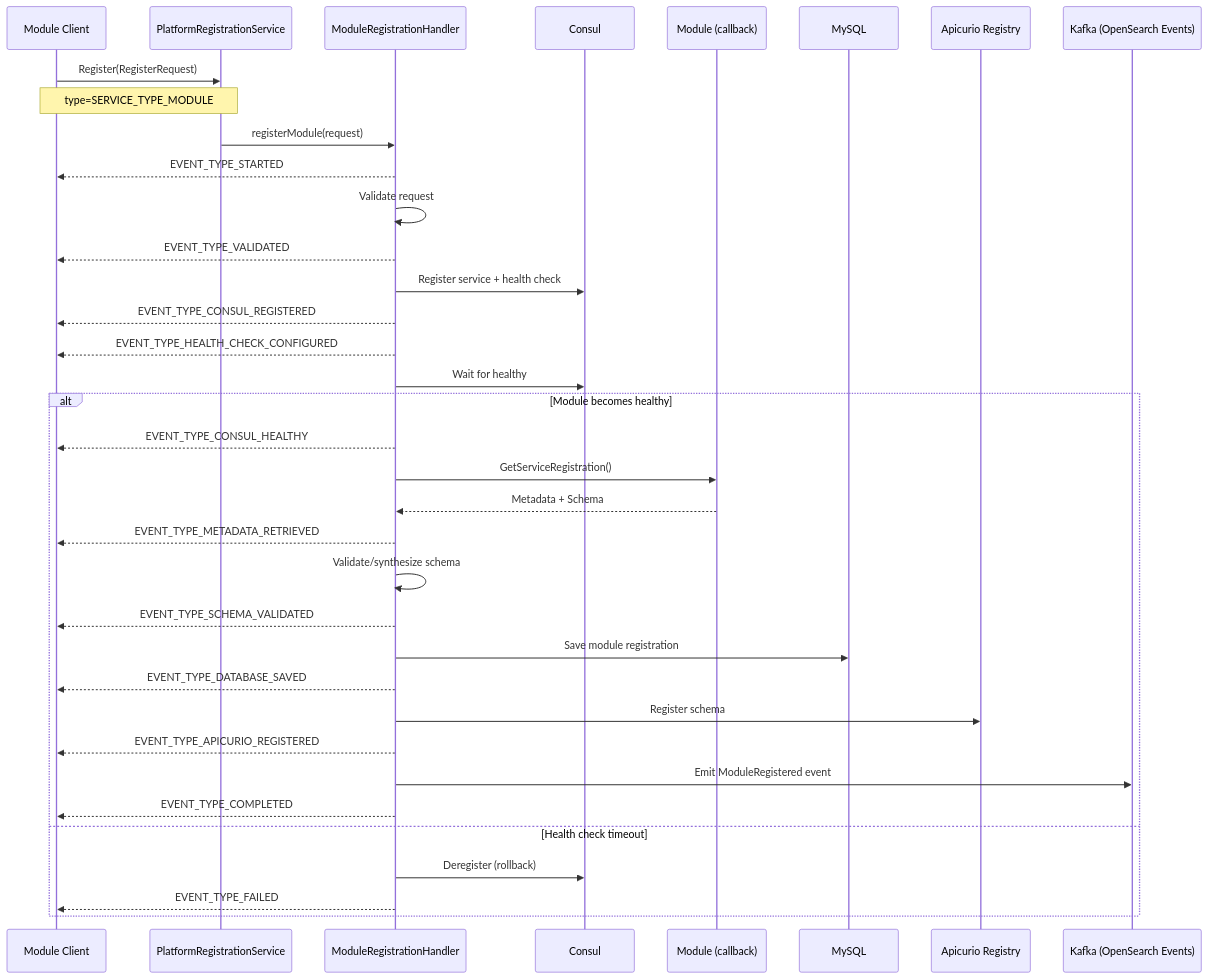
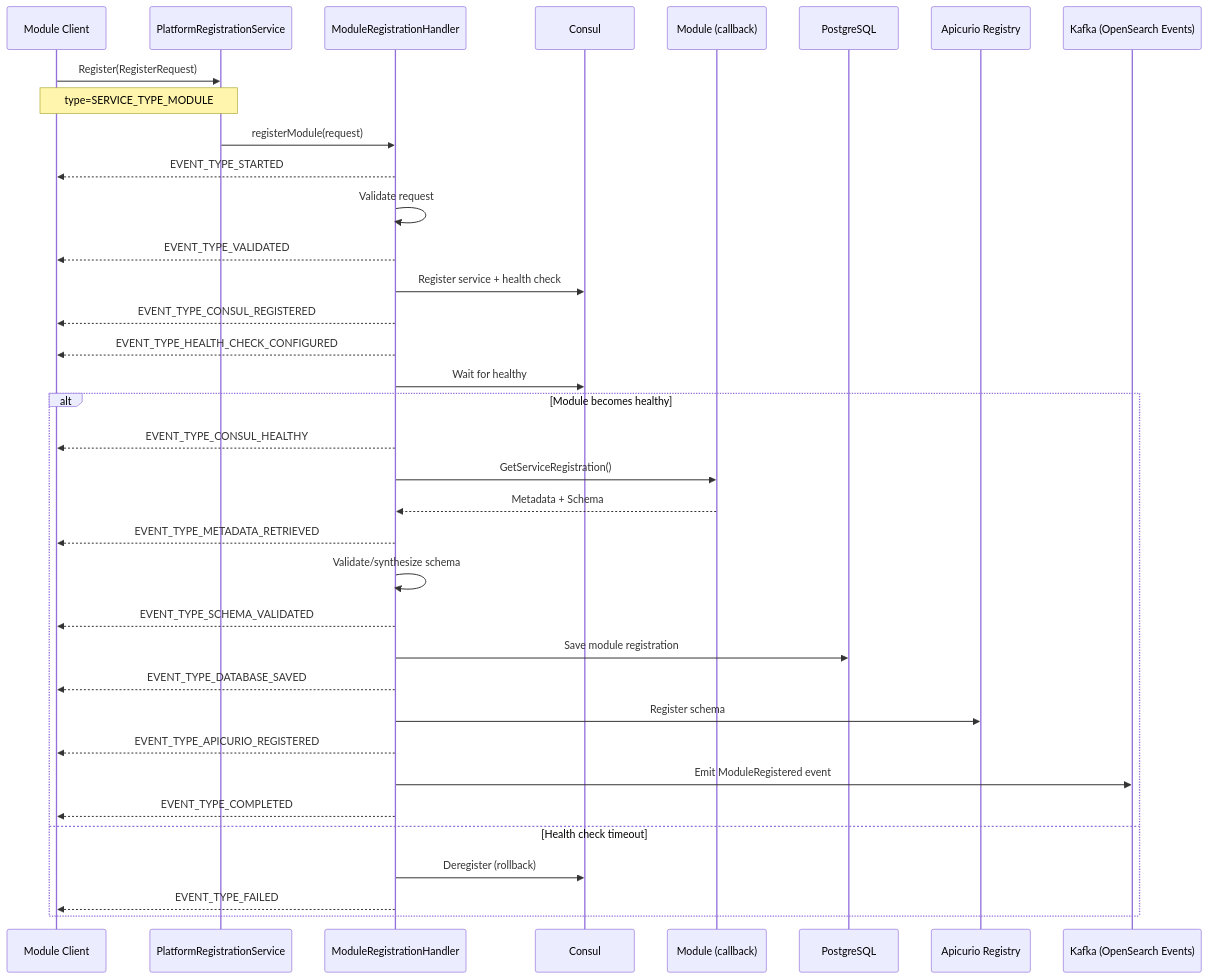
One commit to ai-pipestream/platform-registration-service changed the fourth of 7 diagrams in docs/REGISTRATION_FLOW.md. Above: the diagram before and after it, drawn with Mermaid. The commit also changed other lines of this file and 12 other files, not shown here.

````diff
--- a/docs/REGISTRATION_FLOW.md
+++ b/docs/REGISTRATION_FLOW.md
@@ -155,49 +156,49 @@
 ```mermaid
 sequenceDiagram
     participant Client as Module Client
     participant PRS as PlatformRegistrationService
     participant MRH as ModuleRegistrationHandler
     participant Consul
     participant Module as Module (callback)
-    participant DB as MySQL
+    participant DB as PostgreSQL
     participant Apicurio as Apicurio Registry
     participant Kafka as Kafka (OpenSearch Events)
     
     Client->>PRS: Register(RegisterRequest)
     Note over Client,PRS: type=SERVICE_TYPE_MODULE
     
     PRS->>MRH: registerModule(request)
     
     MRH-->>Client: EVENT_TYPE_STARTED
     
     MRH->>MRH: Validate request
     MRH-->>Client: EVENT_TYPE_VALIDATED
     
     MRH->>Consul: Register service + health check
     MRH-->>Client: EVENT_TYPE_CONSUL_REGISTERED
     MRH-->>Client: EVENT_TYPE_HEALTH_CHECK_CONFIGURED
     
     MRH->>Consul: Wait for healthy
     alt Module becomes healthy
         MRH-->>Client: EVENT_TYPE_CONSUL_HEALTHY
         
         MRH->>Module: GetServiceRegistration()
         Module-->>MRH: Metadata + Schema
         MRH-->>Client: EVENT_TYPE_METADATA_RETRIEVED
         
         MRH->>MRH: Validate/synthesize schema
         MRH-->>Client: EVENT_TYPE_SCHEMA_VALIDATED
         
         MRH->>DB: Save module registration
         MRH-->>Client: EVENT_TYPE_DATABASE_SAVED
         
         MRH->>Apicurio: Register schema
         MRH-->>Client: EVENT_TYPE_APICURIO_REGISTERED
         
         MRH->>Kafka: Emit ModuleRegistered event
         MRH-->>Client: EVENT_TYPE_COMPLETED
     else Health check timeout
         MRH->>Consul: Deregister (rollback)
         MRH-->>Client: EVENT_TYPE_FAILED
     end
 ```
````
